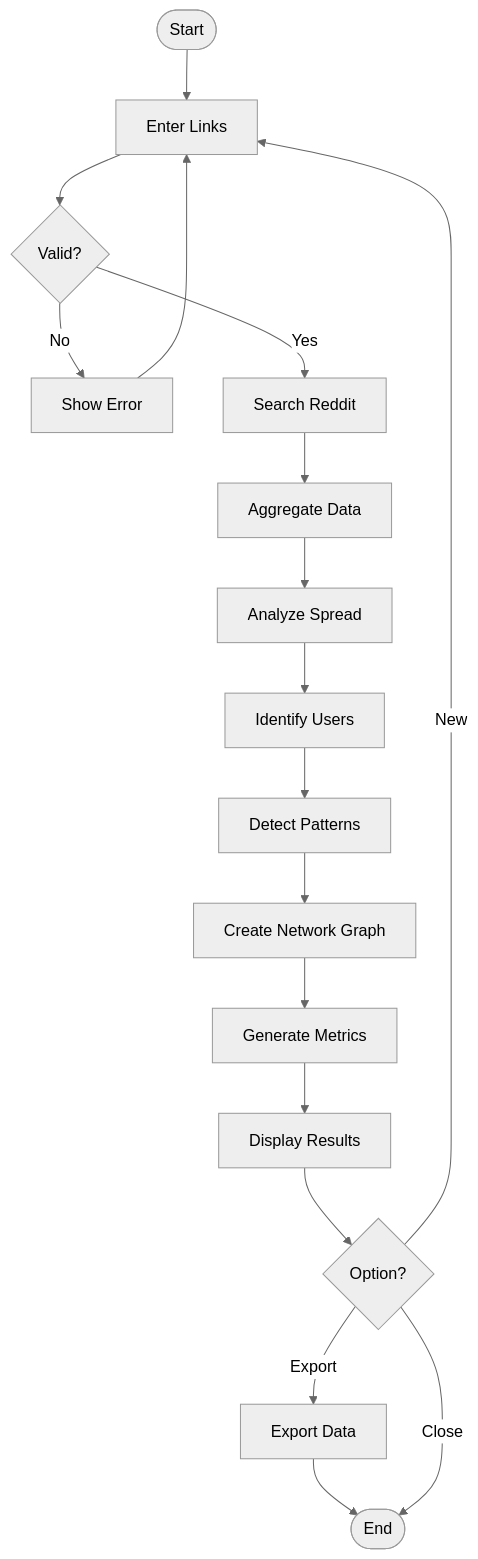
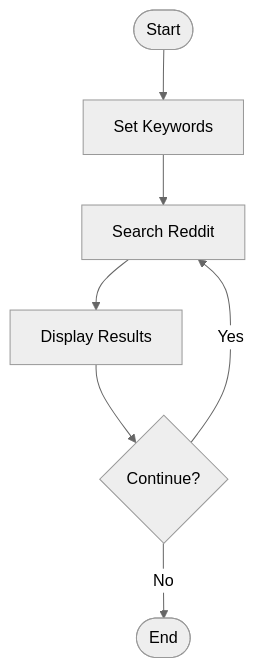
One commit to Andy-Alferdo/reddit-sleuth-forensics-web changed the third of 3 diagrams in diagrams/activity-diagram.md. Above: the diagram before and after it, drawn with Mermaid (neutral theme). The commit also changed other lines of this file and 4 other files, not shown here.

````diff
--- a/diagrams/activity-diagram.md
+++ b/diagrams/activity-diagram.md
@@ -77,23 +30,9 @@
 ```mermaid
 flowchart TD
-    Start([Start]) --> Input[Enter Links]
-    Input --> Validate{Valid?}
-    
-    Validate -->|No| Error[Show Error]
-    Error --> Input
-    
-    Validate -->|Yes| Search[Search Reddit]
-    Search --> Aggregate[Aggregate Data]
-    Aggregate --> Spread[Analyze Spread]
-    Spread --> Users[Identify Users]
-    Users --> Patterns[Detect Patterns]
-    Patterns --> Network[Create Network Graph]
-    Network --> Metrics[Generate Metrics]
-    Metrics --> Display[Display Results]
-    
-    Display --> Option{Option?}
-    Option -->|Export| Export[Export Data]
-    Export --> End([End])
-    Option -->|New| Input
-    Option -->|Close| End
+    Start([Start]) --> Config[Set Keywords]
+    Config --> Search[Search Reddit]
+    Search --> Display[Display Results]
+    Display --> Continue{Continue?}
+    Continue -->|Yes| Search
+    Continue -->|No| End([End])
 ```
````
